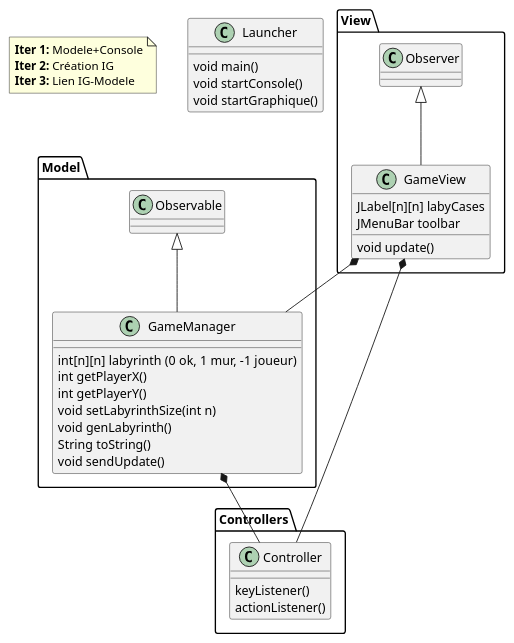
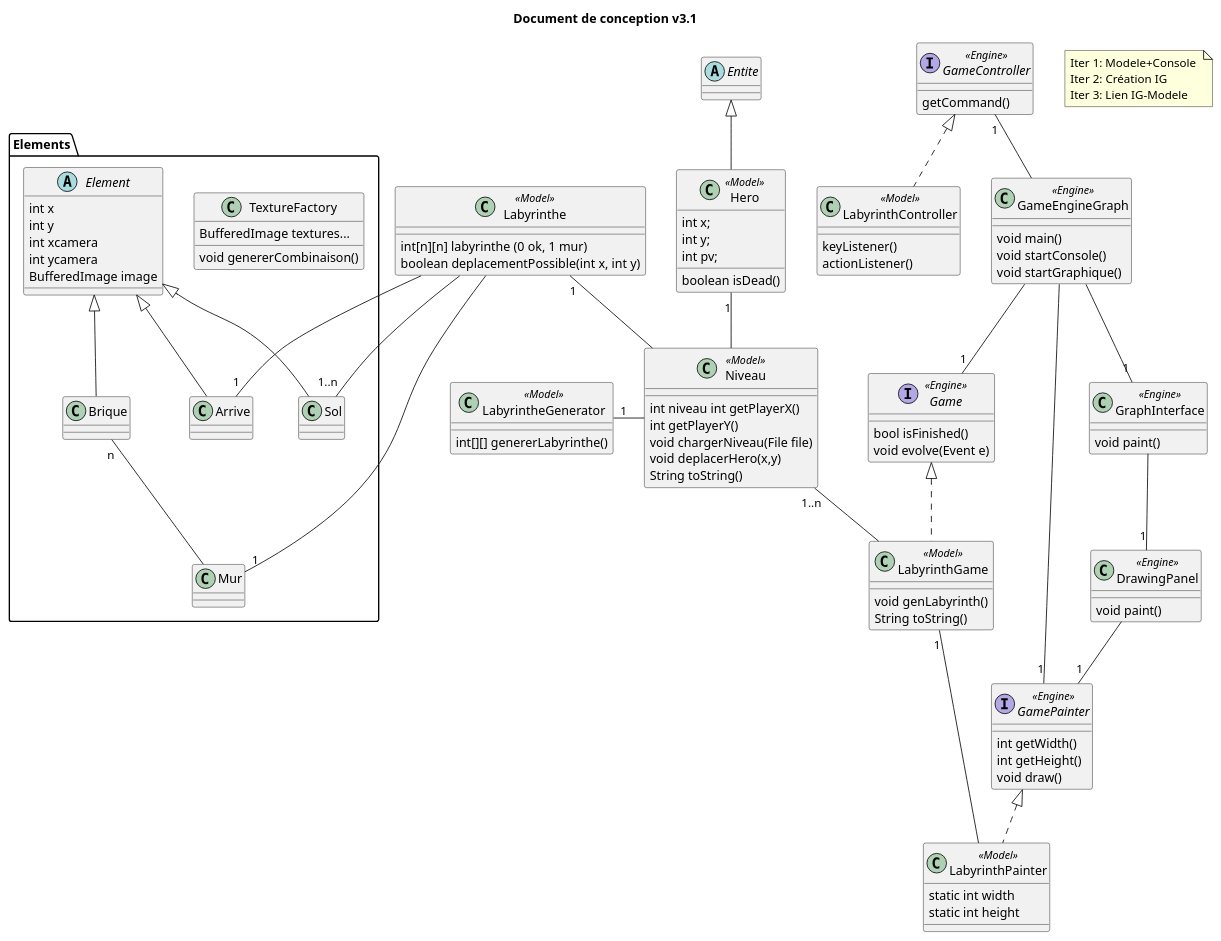
Before and after one commit to minisephirot/ACL_2018_ENJ: the diagram in README.md, drawn with PlantUML.

```diff
--- a/README.md
+++ b/README.md
@@ -19,50 +19,123 @@
-@startuml
+@startuml 
 
-note as N1
-  <b>Iter 1: </b>Modele+Console
-  <b>Iter 2: </b>Création IG
-  <b>Iter 3: </b>Lien IG-Modele
-end note
+note as N1 
+Iter 1: Modele+Console 
+Iter 2: Création IG 
+Iter 3: Lien IG-Modele 
+end note 
 
-class Launcher{
+title Document de conception v3.1
+
+class LabyrinthGame<<Model>> implements Game{ 
+void genLabyrinth() 
+    String toString() 
+} 
+
+class Niveau<<Model>>{ 
+    int niveau int getPlayerX()
+    int getPlayerY()
+    void chargerNiveau(File file) 
+    void deplacerHero(x,y)
+    String toString()
+}
+
+class Labyrinthe<<Model>>{
+  int[n][n] labyrinthe (0 ok, 1 mur)
+  boolean deplacementPossible(int x, int y)
+}
+
+class Hero<<Model>> extends Entite{
+    int x;
+    int y;
+    int pv;
+    boolean isDead()
+}
+
+abstract class Entite{
+}
+
+class LabyrinthController <<Model>> implements GameController{
+   keyListener()
+   actionListener()
+}
+ class LabyrinthPainter <<Model>> implements GamePainter{
+    static int width
+    static int height
+}
+ interface GamePainter <<Engine>>{
+    int getWidth()
+    int getHeight()
+    void draw()
+}
+ interface Game <<Engine>>{
+    bool isFinished()
+    void evolve(Event e)
+}
+
+interface GameController <<Engine>>{
+    getCommand()
+}
+ class GameEngineGraph <<Engine>>{
   void main()
   void startConsole()
   void startGraphique()
 }
 
-package Model{
-
-class GameManager extends Observable {
-  int[n][n] labyrinth (0 ok, 1 mur, -1 joueur)
-  int getPlayerX()
-  int getPlayerY()
-  void setLabyrinthSize(int n)
-  void genLabyrinth()
-  String toString()
-  void sendUpdate()
+class GraphInterface <<Engine>>{
+    void paint()
 }
 
+class DrawingPanel <<Engine>>{
+    void paint()
 }
 
-package View{
-
-class GameView extends Observer {
-   JLabel[n][n] labyCases
-   JMenuBar toolbar
-   void update()
+class LabyrintheGenerator <<Model>>{
+    int[][] genererLabyrinthe()
 }
 
+package Elements {
+    
+    class TextureFactory {
+        BufferedImage textures...
+        void genererCombinaison()
+    }
+    
+    abstract class Element{
+        int x
+        int y
+        int xcamera
+        int ycamera
+        BufferedImage image
+    }
+    
+    class Mur{
+    }
+    
+    class Sol extends Element{
+    }
+    
+    class Arrive extends Element{
+    }
+    
+    class Brique extends Element{
+    }
+    
+    Brique "n"-- Mur
+    
 }
-
-package Controllers{
-class Controller {
-   keyListener()
-   actionListener()
-}
-}
-
-GameView *-- GameManager
-GameView *-- Controller
-GameManager *--down Controller
+Labyrinthe --"1" Arrive
+Labyrinthe --"1" Mur
+Labyrinthe --"1..n" Sol
+Labyrinthe "1"-- Niveau
+LabyrintheGenerator "1"-right- Niveau
+Niveau "1..n"-- LabyrinthGame
+Hero "1"-- Niveau
+Game "1"--up GameEngineGraph
+GameController "1"-- GameEngineGraph
+GamePainter "1"--up GameEngineGraph
+LabyrinthGame "1"-- LabyrinthPainter
+GraphInterface --"1" DrawingPanel
+DrawingPanel --"1" GamePainter
+GameEngineGraph -- "1" GraphInterface 
 
 @enduml
```
